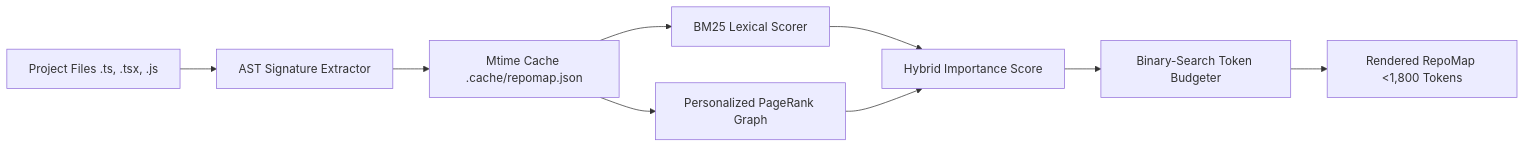
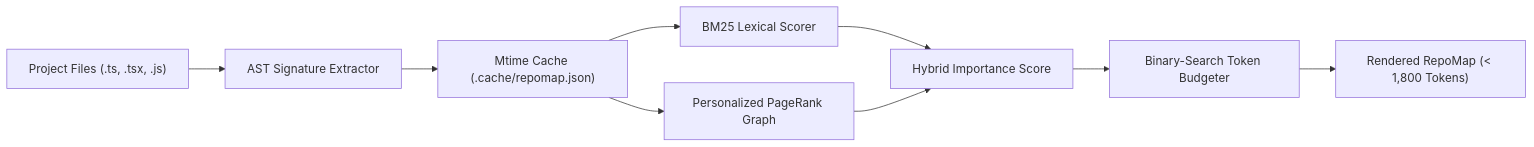
Before and after one commit to affan-DevOp/ThinkToCode: the second of 4 diagrams in RESEARCH.md, drawn with Mermaid. The commit also changed other lines of this file, not shown here.

Commit message:
fix(docs): resolve Mermaid syntax error on line 19 and expand O(N2) derivation and model selection matrix

````diff
--- a/RESEARCH.md
+++ b/RESEARCH.md
@@ -66,10 +66,10 @@
 ```mermaid
 flowchart LR
-    A[Project Files .ts, .tsx, .js] --> B[AST Signature Extractor]
-    B --> C[Mtime Cache .cache/repomap.json]
-    C --> D[BM25 Lexical Scorer]
-    C --> E[Personalized PageRank Graph]
-    D & E --> F[Hybrid Importance Score]
-    F --> G[Binary-Search Token Budgeter]
-    G --> H[Rendered RepoMap &lt;1,800 Tokens]
+    A["Project Files (.ts, .tsx, .js)"] --> B["AST Signature Extractor"]
+    B --> C["Mtime Cache (.cache/repomap.json)"]
+    C --> D["BM25 Lexical Scorer"]
+    C --> E["Personalized PageRank Graph"]
+    D & E --> F["Hybrid Importance Score"]
+    F --> G["Binary-Search Token Budgeter"]
+    G --> H["Rendered RepoMap (&lt; 1,800 Tokens)"]
 ```
````
